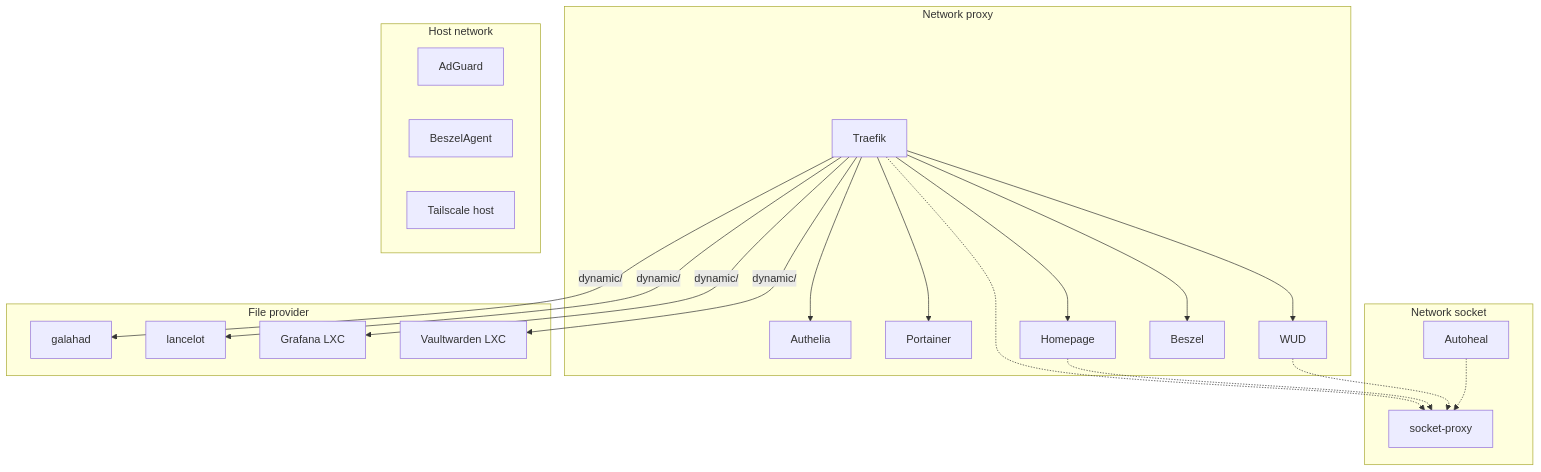
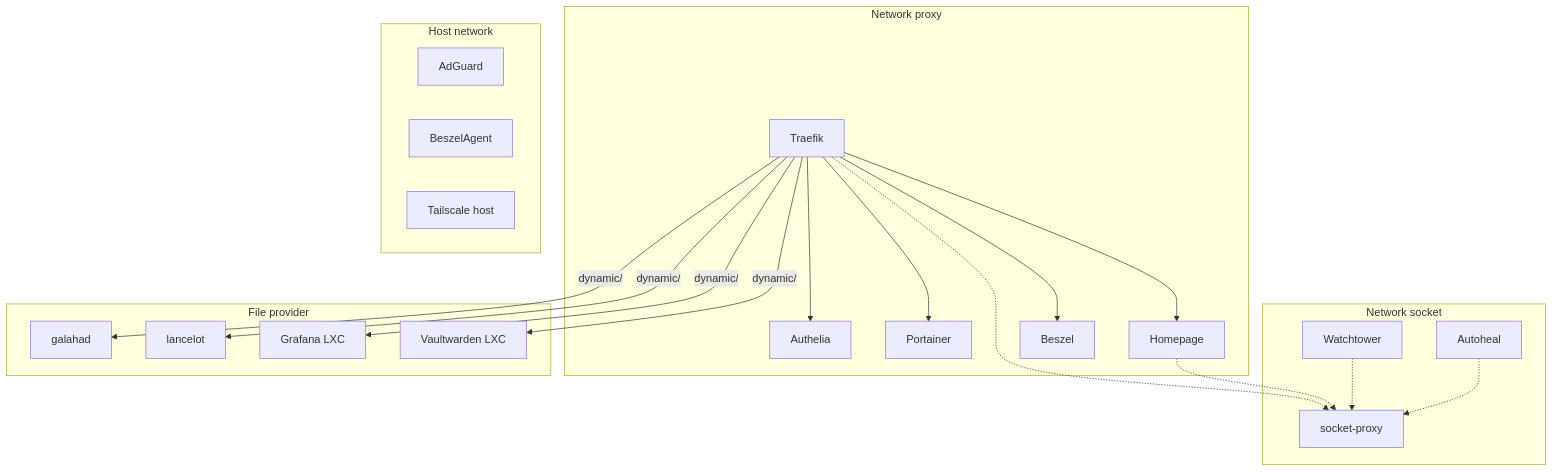
One commit to GabinSMD/homelab-doc changed the diagram in docs/services/docker-stack.md. Above: the diagram before and after it, drawn with Mermaid. The commit also changed other lines of this file and 2 other files, not shown here.

First line of the commit message:
WUD → Watchtower + security hardening 2026-04-14

````diff
--- a/docs/services/docker-stack.md
+++ b/docs/services/docker-stack.md
@@ -27,31 +27,30 @@
 ```mermaid
 graph TB
     subgraph Network proxy
         Traefik --> Authelia
         Traefik --> Portainer
         Traefik --> Homepage
-        Traefik --> WUD
         Traefik --> Beszel
     end
 
     subgraph Network socket
         SP[socket-proxy]
         Traefik -.-> SP
         Homepage -.-> SP
-        WUD -.-> SP
+        Watchtower -.-> SP
         Autoheal -.-> SP
     end
 
     subgraph Host network
         AdGuard
         BeszelAgent
         Tailscale[Tailscale host]
     end
 
     subgraph File provider
         Traefik -->|dynamic/| PVE1[galahad]
         Traefik -->|dynamic/| PVE2[lancelot]
         Traefik -->|dynamic/| Logs[Grafana LXC]
         Traefik -->|dynamic/| Vault[Vaultwarden LXC]
     end
 ```
````
